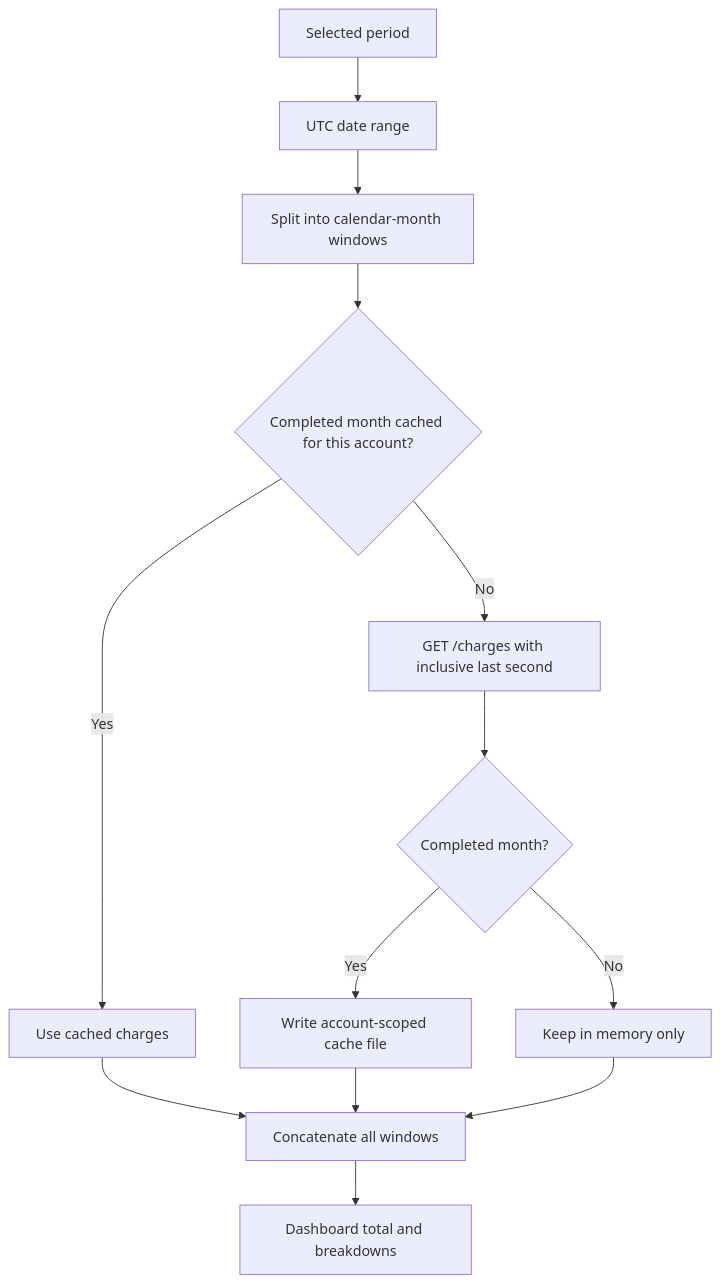
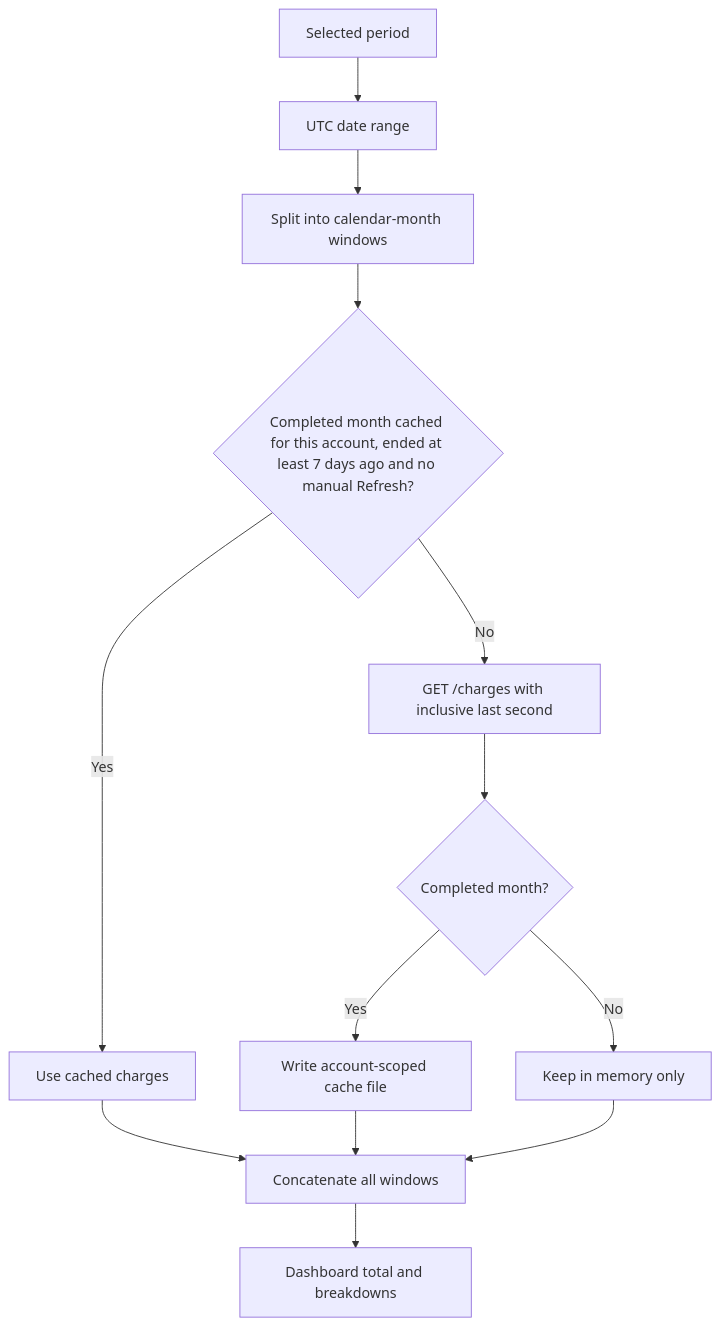
One commit to marcelrgberger/civo-cloud-manager changed diagram 13 of 15 in README.md. Above: the diagram before and after it, drawn with Mermaid. The commit also changed other lines of this file and 6 other files, not shown here.

First line of the commit message:
Refresh cached cost months by a fixed policy

````diff
--- a/README.md
+++ b/README.md
@@ -478,15 +478,15 @@
 ```mermaid
 flowchart TD
     A[Selected period] --> B[UTC date range]
     B --> C[Split into calendar-month windows]
-    C --> D{Completed month cached for this account?}
+    C --> D{Completed month cached for this account, ended at least 7 days ago and no manual Refresh?}
     D -->|Yes| E[Use cached charges]
     D -->|No| F[GET /charges with inclusive last second]
     F --> G{Completed month?}
     G -->|Yes| H[Write account-scoped cache file]
     G -->|No| I[Keep in memory only]
     E --> J[Concatenate all windows]
     H --> J
     I --> J
     J --> K[Dashboard total and breakdowns]
 ```
````
